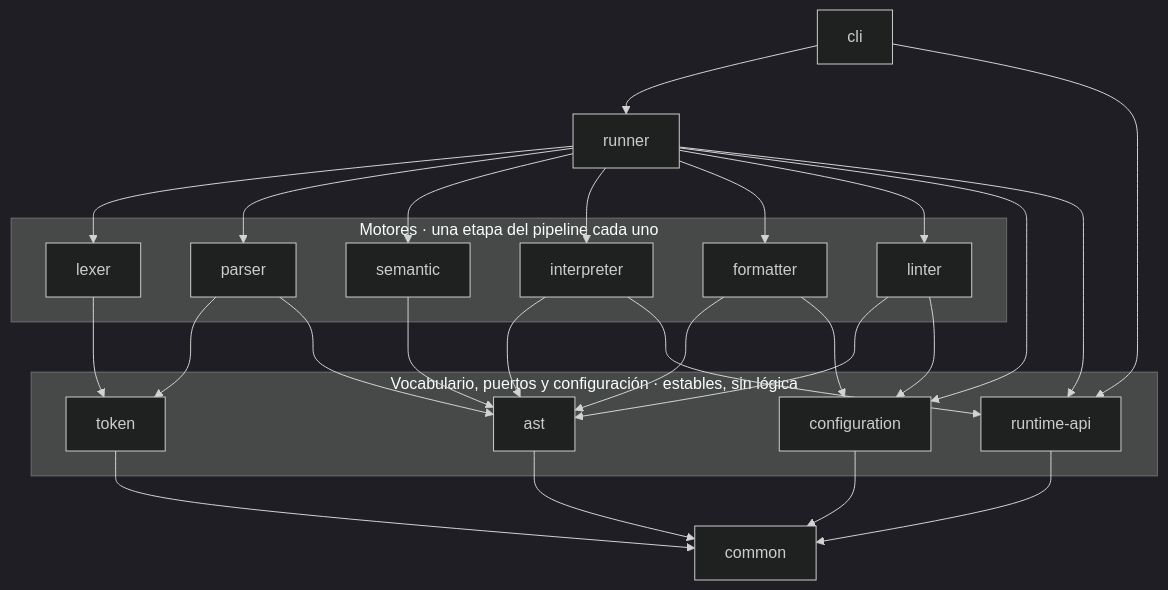
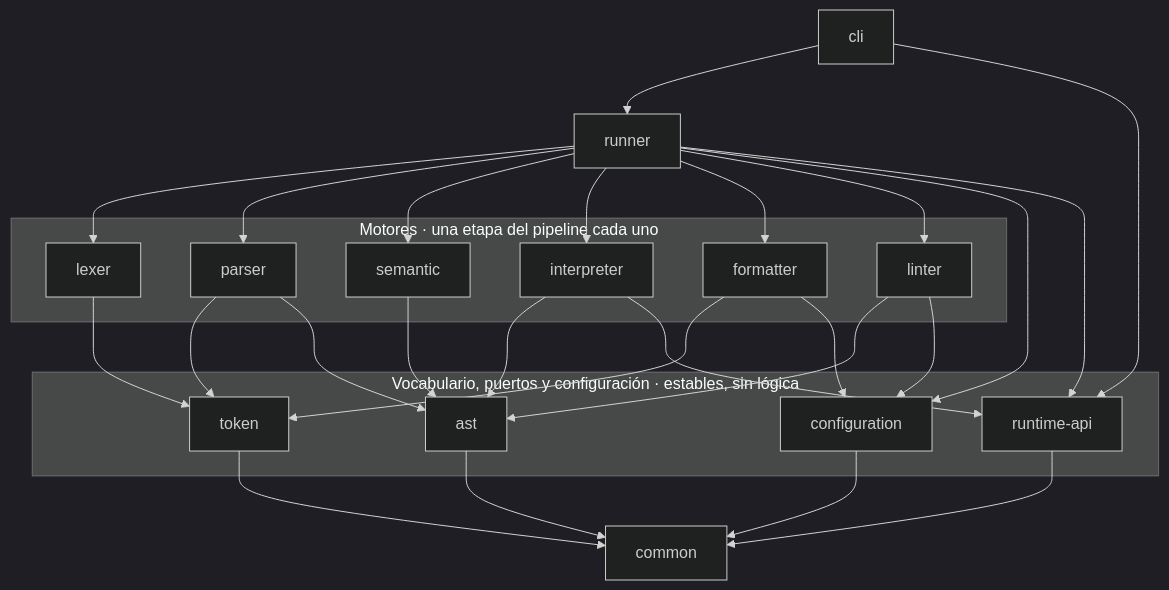
Before and after one commit to MartinaCousido/PrintScript: the first of 2 diagrams in docs/arquitectura.md, drawn with Mermaid (dark theme). The commit also changed other lines of this file and 3 other files, not shown here.

````diff
--- a/docs/arquitectura.md
+++ b/docs/arquitectura.md
@@ -13,51 +13,51 @@
 ```mermaid
 flowchart TD
     cli["cli"]
     runner["runner"]
 
     subgraph motores["Motores · una etapa del pipeline cada uno"]
         lexer["lexer"]
         parser["parser"]
         semantic["semantic"]
         interpreter["interpreter"]
         formatter["formatter"]
         linter["linter"]
     end
 
     subgraph vocabulario["Vocabulario, puertos y configuración · estables, sin lógica"]
         token["token"]
         ast["ast"]
         runtimeapi["runtime-api"]
         config["configuration"]
     end
 
     common["common"]
 
     cli --> runner
     cli --> runtimeapi
 
     runner --> lexer
     runner --> parser
     runner --> semantic
     runner --> interpreter
     runner --> formatter
     runner --> linter
     runner --> config
     runner --> runtimeapi
 
     lexer --> token
     parser --> token
     parser --> ast
     semantic --> ast
     interpreter --> ast
     interpreter --> runtimeapi
-    formatter --> ast
+    formatter --> token
     formatter --> config
     linter --> ast
     linter --> config
 
     token --> common
     ast --> common
     config --> common
     runtimeapi --> common
 ```
````
